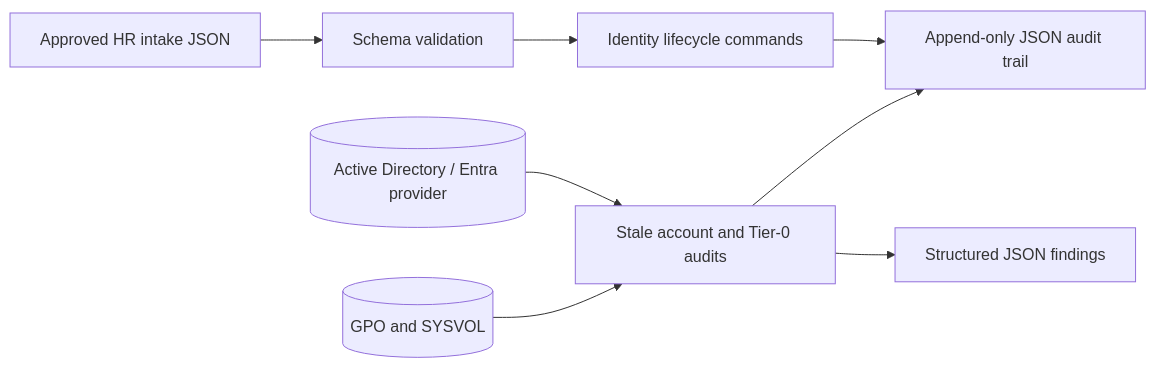
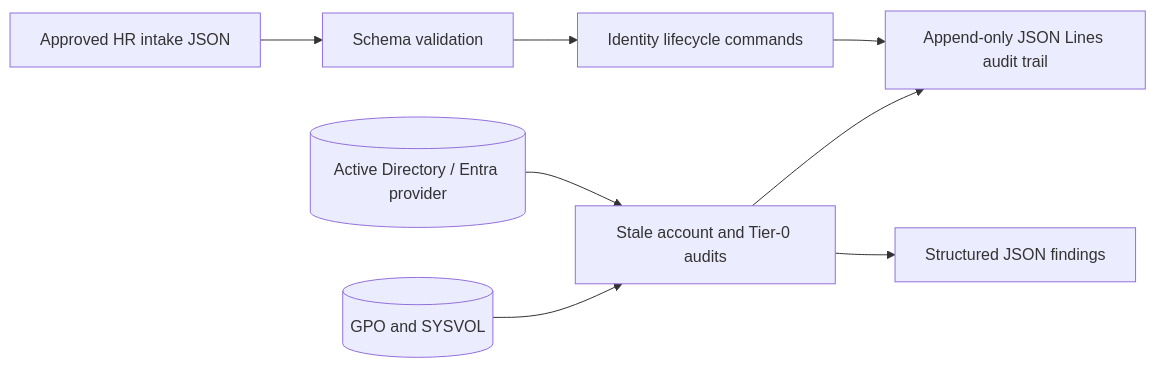
Before and after one commit to drummer475-94/it-ad-automator: the diagram in README.md, drawn with Mermaid. The commit also changed other lines of this file and 13 other files, not shown here.

````diff
--- a/README.md
+++ b/README.md
@@ -19,10 +18,10 @@
 ```mermaid
 flowchart LR
     Intake[Approved HR intake JSON] --> Validate[Schema validation]
     Validate --> Lifecycle[Identity lifecycle commands]
     AD[(Active Directory / Entra provider)] --> Audits[Stale account and Tier-0 audits]
     GPO[(GPO and SYSVOL)] --> Audits
-    Lifecycle --> Log[Append-only JSON audit trail]
+    Lifecycle --> Log[Append-only JSON Lines audit trail]
     Audits --> Reports[Structured JSON findings]
     Audits --> Log
 ```
````
